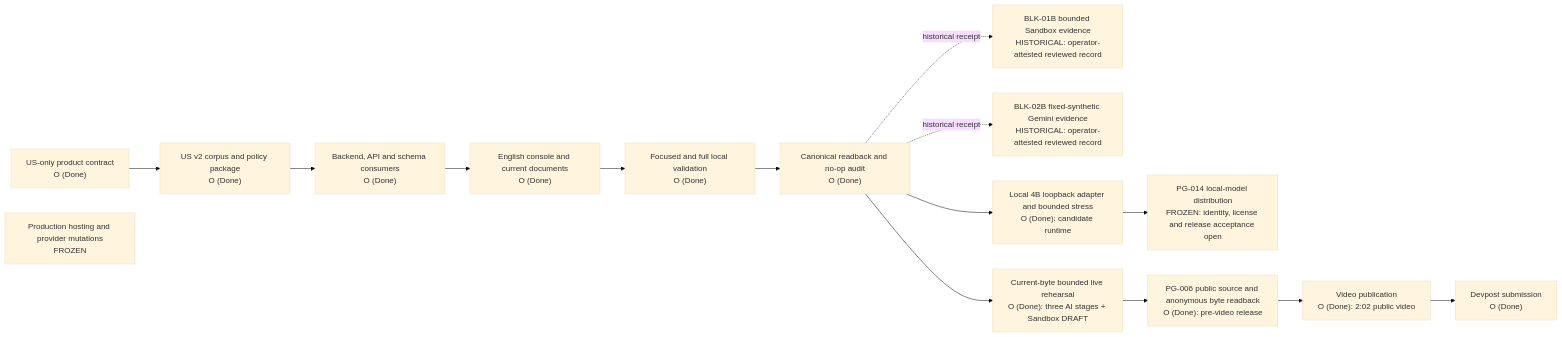
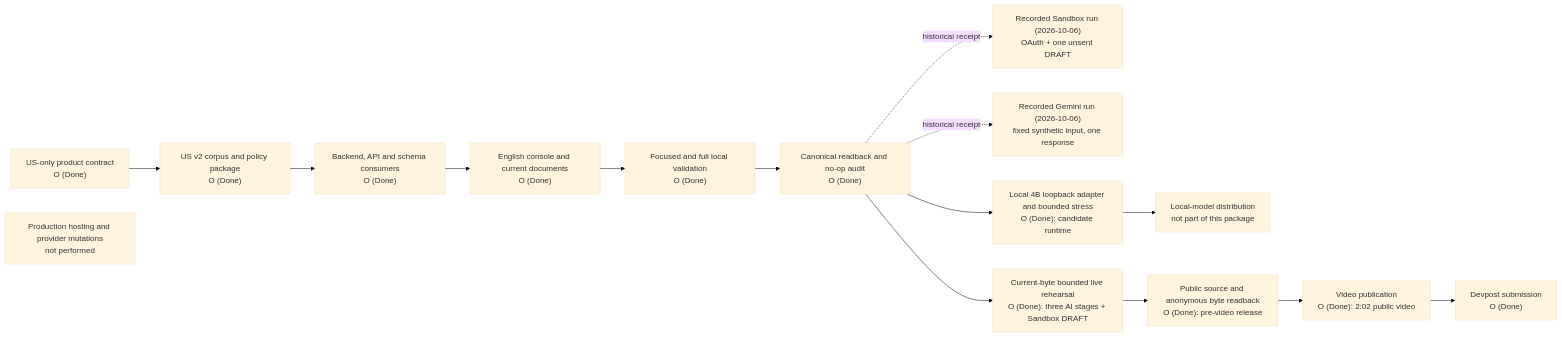
One commit to jiarong0423/payguard-ai changed the first of 3 diagrams in docs/decisions/2026Q4/architecture.md. Above: the diagram before and after it, drawn with Mermaid (base theme). The commit also changed other lines of this file and 16 other files, not shown here.

````diff
--- a/docs/decisions/2026Q4/architecture.md
+++ b/docs/decisions/2026Q4/architecture.md
@@ -24,17 +24,17 @@
 ```mermaid
 flowchart LR
   A["US-only product contract<br/>O (Done)"] --> B["US v2 corpus and policy package<br/>O (Done)"]
   B --> C["Backend, API and schema consumers<br/>O (Done)"]
   C --> D["English console and current documents<br/>O (Done)"]
   D --> E["Focused and full local validation<br/>O (Done)"]
   E --> F["Canonical readback and no-op audit<br/>O (Done)"]
-  F -. historical receipt .-> G["BLK-01B bounded Sandbox evidence<br/>HISTORICAL: operator-attested reviewed record"]
-  F -. historical receipt .-> H["BLK-02B fixed-synthetic Gemini evidence<br/>HISTORICAL: operator-attested reviewed record"]
+  F -. historical receipt .-> G["Recorded Sandbox run (2026-10-06)<br/>OAuth + one unsent DRAFT"]
+  F -. historical receipt .-> H["Recorded Gemini run (2026-10-06)<br/>fixed synthetic input, one response"]
   F --> K["Local 4B loopback adapter and bounded stress<br/>O (Done): candidate runtime"]
-  K --> L["PG-014 local-model distribution<br/>FROZEN: identity, license and release acceptance open"]
+  K --> L["Local-model distribution<br/>not part of this package"]
   F --> N["Current-byte bounded live rehearsal<br/>O (Done): three AI stages + Sandbox DRAFT"]
-  N --> I["PG-006 public source and anonymous byte readback<br/>O (Done): pre-video release"]
+  N --> I["Public source and anonymous byte readback<br/>O (Done): pre-video release"]
   I --> M["Video publication<br/>O (Done): 2:02 public video"]
   M --> P["Devpost submission<br/>O (Done)"]
-  J["Production hosting and provider mutations<br/>FROZEN"]
+  J["Production hosting and provider mutations<br/>not performed"]
 ```
````
